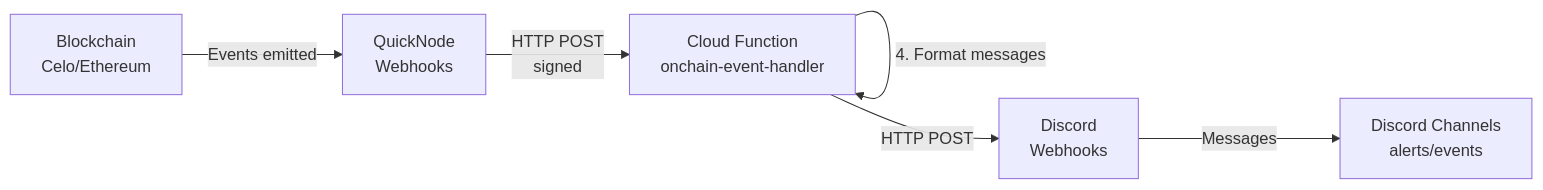
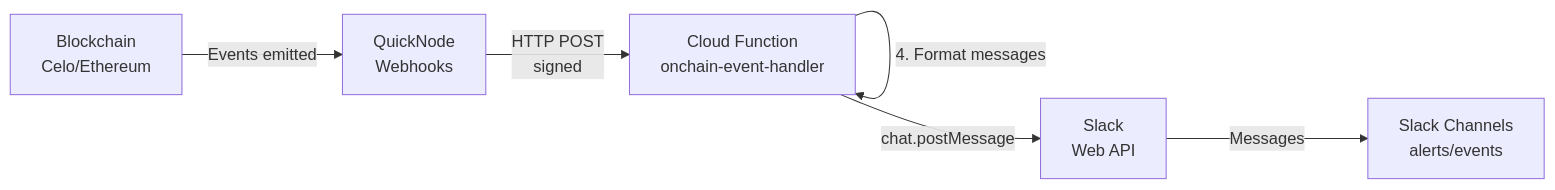
The diagram in alerts/infra/README.md (mento-protocol/monitoring-monorepo), drawn with Mermaid before and after one commit. The commit also changed other lines of this file and 33 other files, not shown here.

Commit message:
feat(alerts): route onchain events to Slack

````diff
--- a/alerts/infra/README.md
+++ b/alerts/infra/README.md
@@ -24,11 +25,11 @@
 ```mermaid
 graph LR
     A[Blockchain<br/>Celo/Ethereum] -->|Events emitted| B[QuickNode<br/>Webhooks]
     B -->|HTTP POST<br/>signed| C[Cloud Function<br/>onchain-event-handler]
     C -->|1. Verify signature| C
     C -->|2. Validate payload| C
     C -->|3. Process events| C
     C -->|4. Format messages| C
-    C -->|HTTP POST| D[Discord<br/>Webhooks]
-    D -->|Messages| E[Discord Channels<br/>alerts/events]
+    C -->|chat.postMessage| D[Slack<br/>Web API]
+    D -->|Messages| E[Slack Channels<br/>alerts/events]
 ```
````
